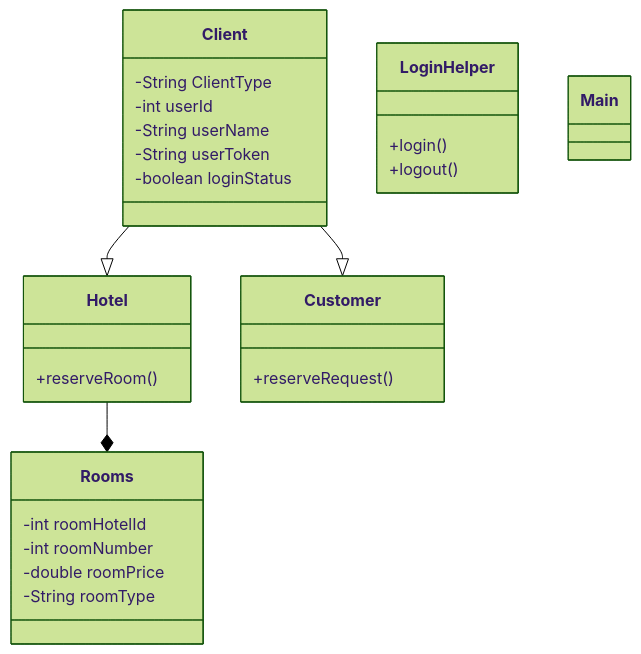
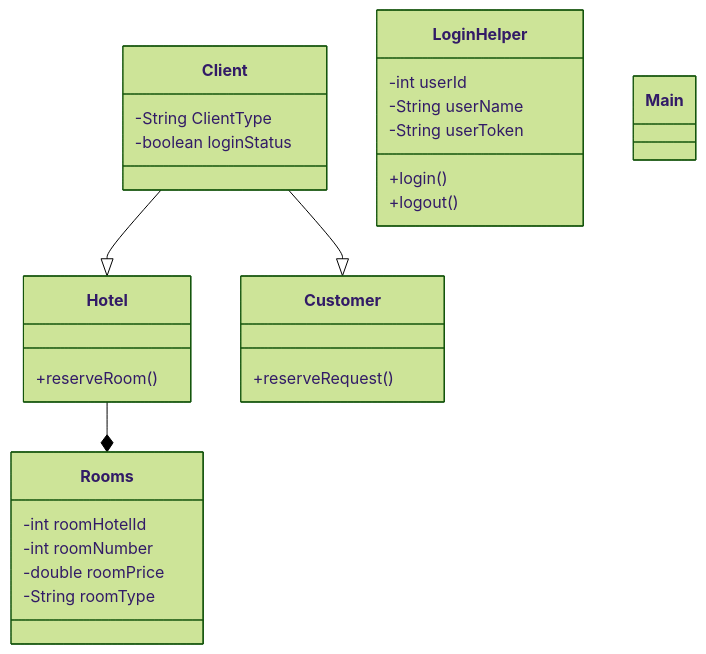
Before and after one commit to roxashrb/2425-cc3-1e-project-team-and-jerry: the diagram in wiki/new-diagram.md, drawn with Mermaid (forest theme). The commit also changed other lines of this file, not shown here.

````diff
--- a/wiki/new-diagram.md
+++ b/wiki/new-diagram.md
@@ -1,40 +1,40 @@
 ```mermaid
 ---
 Title: Hotel Reservation System
 ---
 classDiagram
     class Client {
         -String ClientType
-        -int userId
-        -String userName
-        -String userToken
         -boolean loginStatus
     }
 
     Client --|> Hotel
     class Hotel {
         +reserveRoom()
     }
 
     Client --|> Customer
     class Customer {
         +reserveRequest()
     }
 
     Hotel --* Rooms
     class Rooms {
         -int roomHotelId
         -int roomNumber
         -double roomPrice
         -String roomType
     }
 
     class LoginHelper {
+        -int userId
+        -String userName
+        -String userToken
         +login()
         +logout()
     }
 
     class Main {
     }
     
 ```
````
